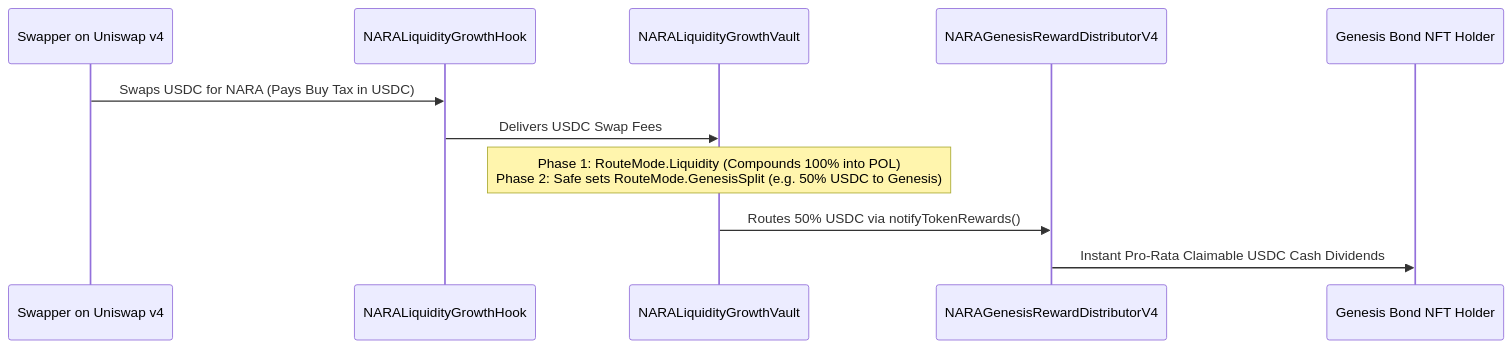
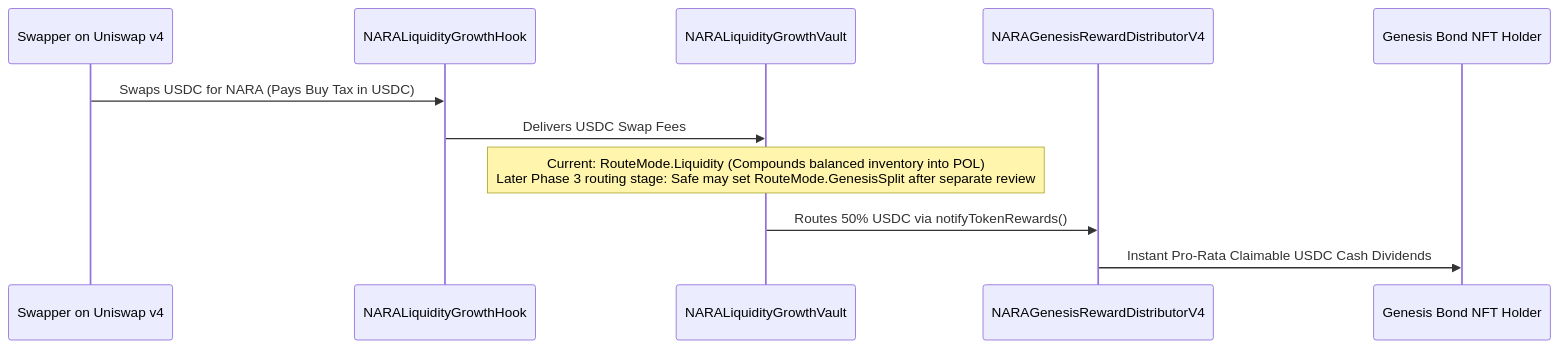
Before and after one commit to NARAProtocol/nara_protocol_v4: the diagram in docs/PROJECT_KNOWLEDGE_BASE.md, drawn with Mermaid. The commit also changed other lines of this file, not shown here.

````diff
--- a/docs/PROJECT_KNOWLEDGE_BASE.md
+++ b/docs/PROJECT_KNOWLEDGE_BASE.md
@@ -316,14 +458,14 @@
 ```mermaid
 sequenceDiagram
     participant Trader as Swapper on Uniswap v4
     participant Hook as NARALiquidityGrowthHook
     participant Vault as NARALiquidityGrowthVault
     participant Dist as NARAGenesisRewardDistributorV4
     participant NFT as Genesis Bond NFT Holder
 
     Trader->>Hook: Swaps USDC for NARA (Pays Buy Tax in USDC)
     Hook->>Vault: Delivers USDC Swap Fees
-    Note over Vault: Phase 1: RouteMode.Liquidity (Compounds 100% into POL)<br/>Phase 2: Safe sets RouteMode.GenesisSplit (e.g. 50% USDC to Genesis)
+    Note over Vault: Current: RouteMode.Liquidity (Compounds balanced inventory into POL)<br/>Later Phase 3 routing stage: Safe may set RouteMode.GenesisSplit after separate review
     Vault->>Dist: Routes 50% USDC via notifyTokenRewards()
     Dist->>NFT: Instant Pro-Rata Claimable USDC Cash Dividends
 ```
````
